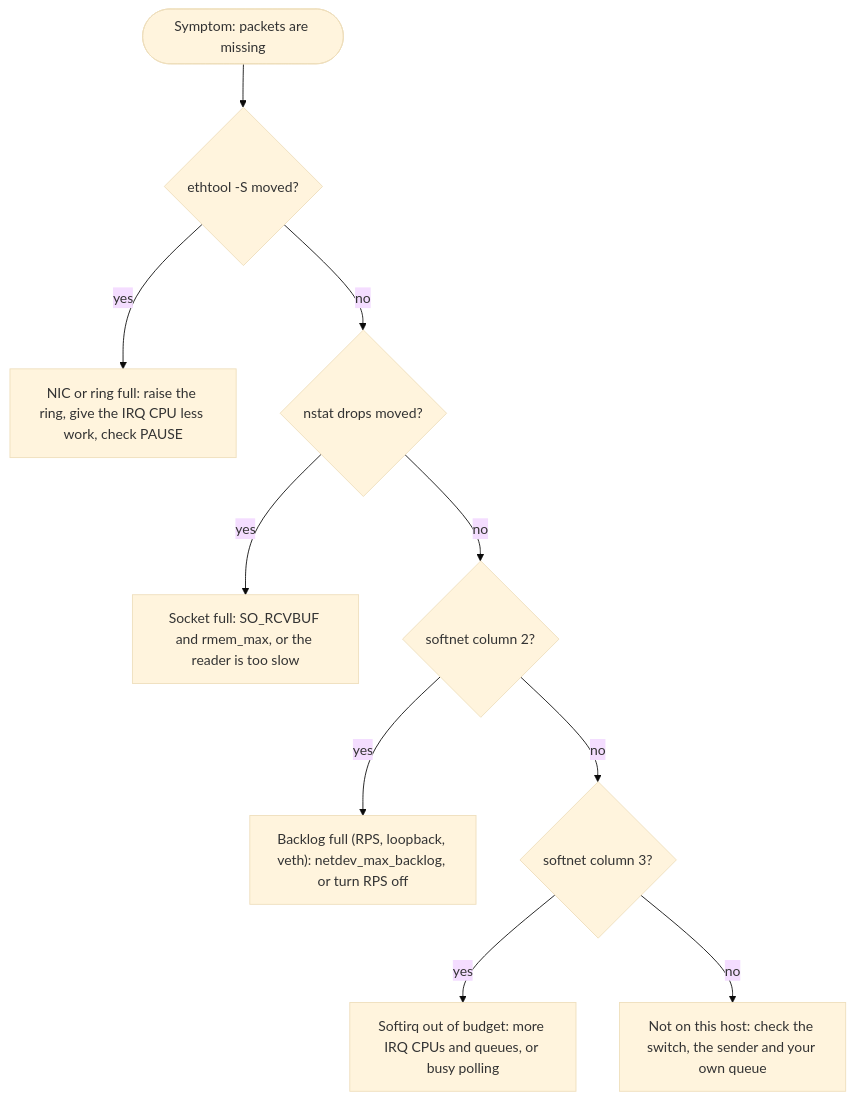
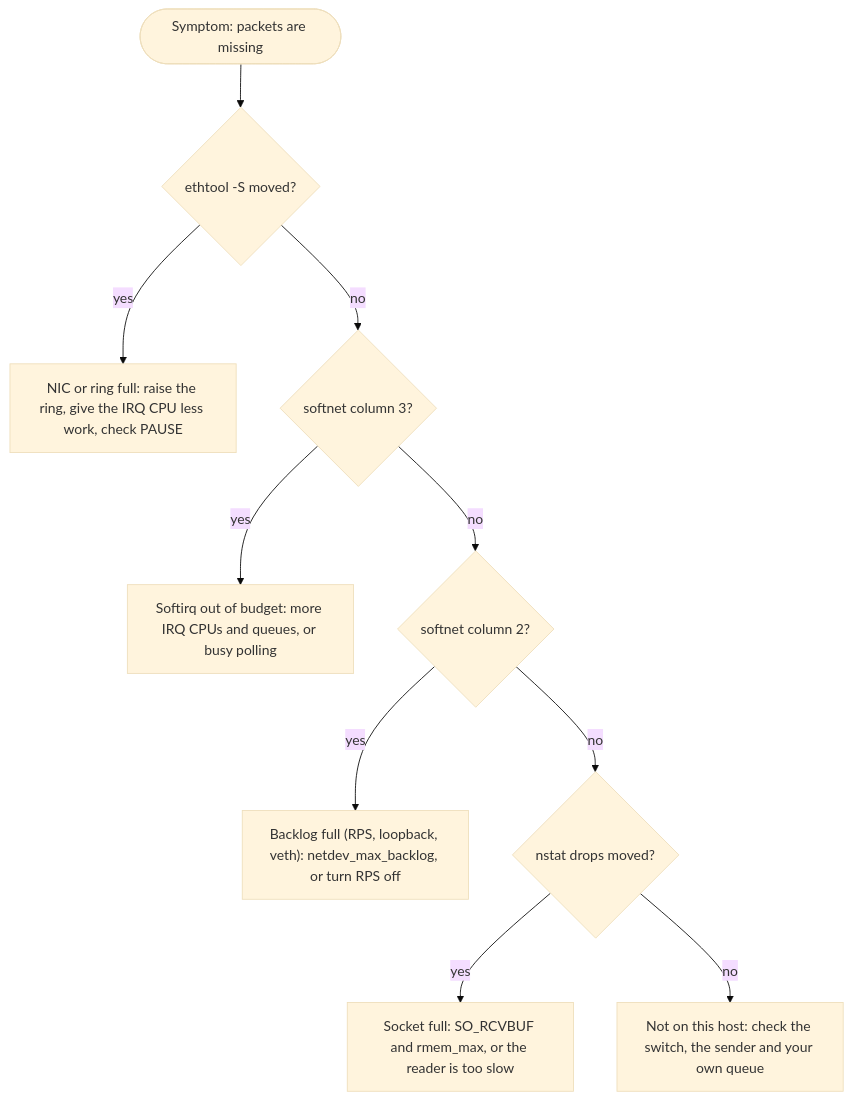
Before and after one commit to vitor-tadashi/mechanical-sympathy: the first of 3 diagrams in concepts/network-buffers.md, drawn with Mermaid (base theme). The commit also changed other lines of this file and 2 other files, not shown here.

Commit message:
fix(docs): address review of the glossary and buffers pages
Separate bounded busy polling from a spin loop, and JIT warm-up from pre-touch. Make check-glossary ignore link targets. Order the drop flowchart by stage, state the excess with several drain CPUs, and describe EF_RXQ_LIMIT as a software cap.

````diff
--- a/concepts/network-buffers.md
+++ b/concepts/network-buffers.md
@@ -147,12 +147,12 @@
 ```mermaid
 flowchart TD
   s(["Symptom: packets are missing"]) --> q1{"ethtool -S moved?"}
   q1 -- yes --> f1["NIC or ring full: raise the ring, give the IRQ CPU less work, check PAUSE"]
-  q1 -- no --> q2{"nstat drops moved?"}
-  q2 -- yes --> f2["Socket full: SO_RCVBUF and rmem_max, or the reader is too slow"]
+  q1 -- no --> q2{"softnet column 3?"}
+  q2 -- yes --> f2["Softirq out of budget: more IRQ CPUs and queues, or busy polling"]
   q2 -- no --> q3{"softnet column 2?"}
   q3 -- yes --> f3["Backlog full (RPS, loopback, veth): netdev_max_backlog, or turn RPS off"]
-  q3 -- no --> q4{"softnet column 3?"}
-  q4 -- yes --> f4["Softirq out of budget: more IRQ CPUs and queues, or busy polling"]
+  q3 -- no --> q4{"nstat drops moved?"}
+  q4 -- yes --> f4["Socket full: SO_RCVBUF and rmem_max, or the reader is too slow"]
   q4 -- no --> f5["Not on this host: check the switch, the sender and your own queue"]
 ```
````
